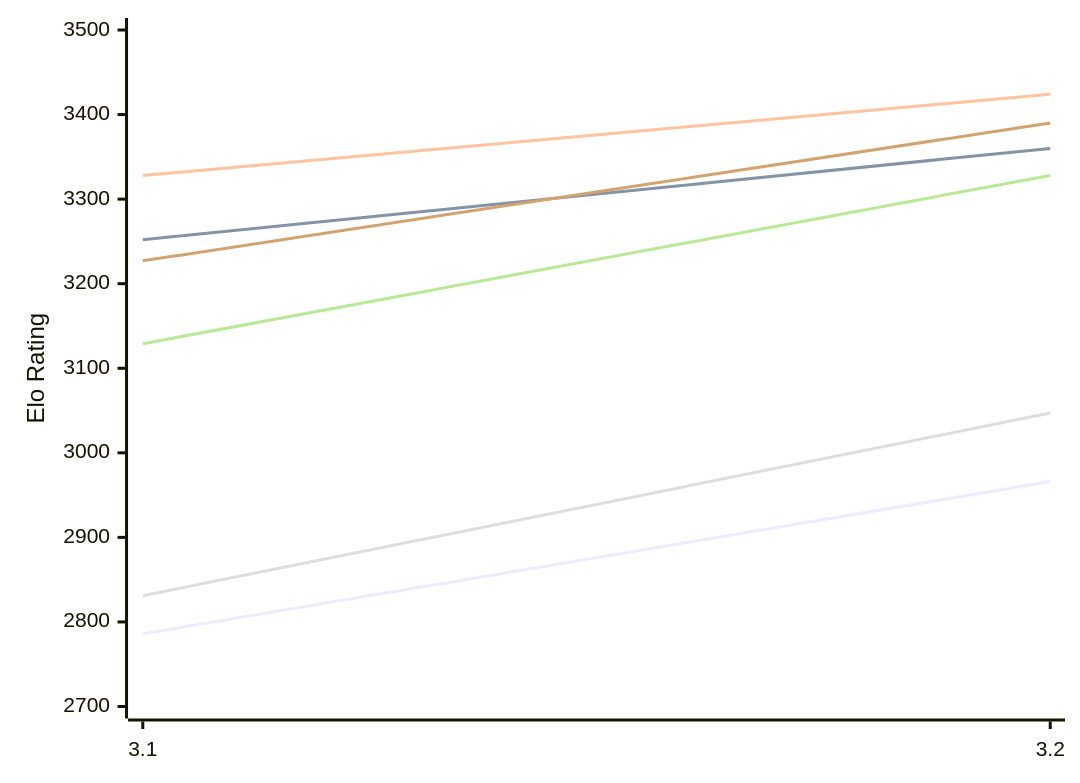
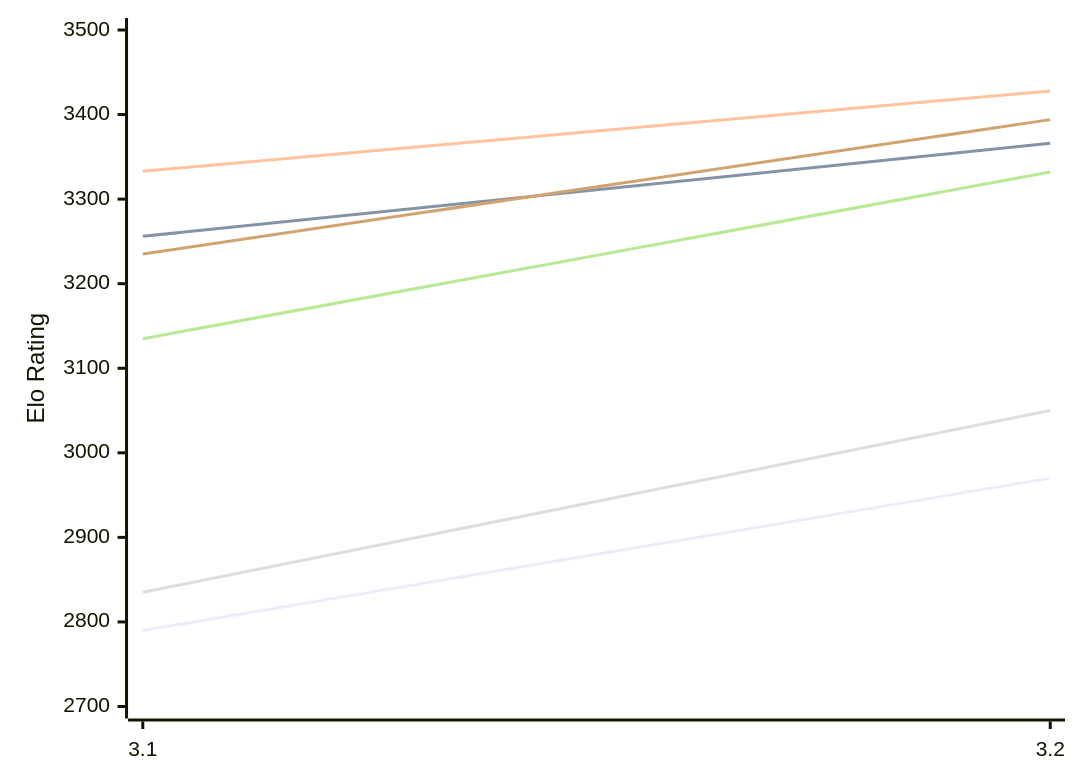
The first of 2 diagrams in engines/Thrawn.md (computer-chess-index/cci), drawn with Mermaid before and after one commit. The commit also changed other lines of this file, not shown here.

Commit message:
Update CCI Ratings (ELO VLTC) - 2026-11-20

````diff
--- a/engines/Thrawn.md
+++ b/engines/Thrawn.md
@@ -52,12 +52,12 @@
 ```mermaid
 %%{init: {"theme":"base","themeVariables":{"seriesColors:['#a3a3a3','#222221','#faa371']}}}%%
 xychart-beta
   x-axis ["3.1", "3.2"]
   y-axis "Elo Rating" 2700 --> 3500
-  line "E1: STC (8.0+0.08s)" [2786, 2966]
-  line "E1: LTC (60.0+0.60s)" [3252, 3360]
-  line "E1: VLTC (2m24s+1.12s)" [3328, 3424]
-  line "P1: STC (8.0+0.08s)" [2831, 3047]
-  line "P1: LTC (60.0+0.60s)" [3129, 3328]
-  line "P1: VLTC (2m24s+1.12s)" [3227, 3390]
+  line "E1: STC (8.0+0.08s)" [2790, 2970]
+  line "E1: LTC (60.0+0.60s)" [3256, 3366]
+  line "E1: VLTC (2m24s+1.12s)" [3333, 3428]
+  line "P1: STC (8.0+0.08s)" [2835, 3050]
+  line "P1: LTC (60.0+0.60s)" [3135, 3332]
+  line "P1: VLTC (2m24s+1.12s)" [3235, 3394]
 ```
````
